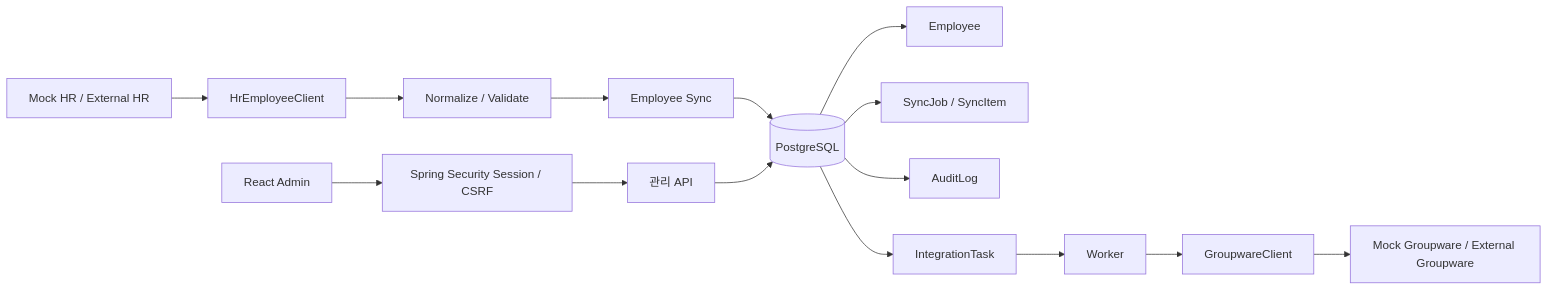
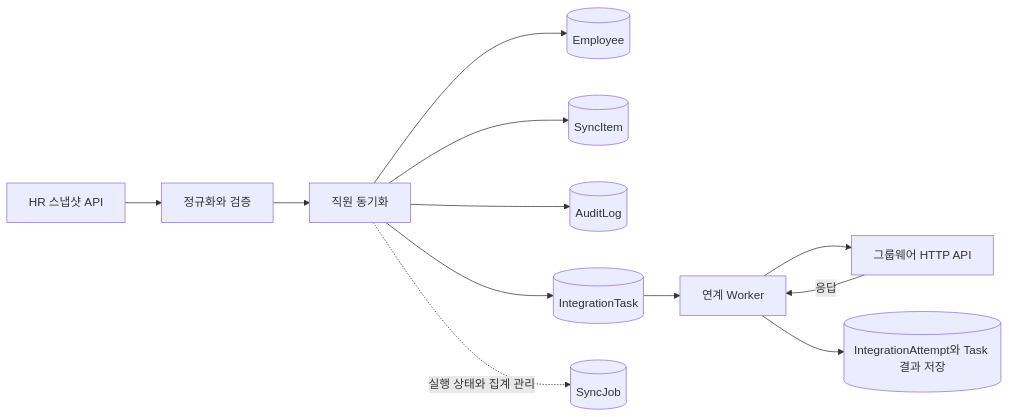
One commit to kimsooin77/Sync changed the first of 3 diagrams in README.md. Above: the diagram before and after it, drawn with Mermaid. The commit also changed other lines of this file and 9 other files, not shown here.

````diff
--- a/README.md
+++ b/README.md
@@ -30,17 +21,14 @@
 ```mermaid
 flowchart LR
-    HR[Mock HR / External HR] --> HC[HrEmployeeClient]
-    HC --> NV[Normalize / Validate]
-    NV --> SY[Employee Sync]
-    SY --> DB[(PostgreSQL)]
-    DB --> E[Employee]
-    DB --> SJ[SyncJob / SyncItem]
-    DB --> AL[AuditLog]
-    DB --> IT[IntegrationTask]
-    IT --> W[Worker]
-    W --> GC[GroupwareClient]
-    GC --> GW[Mock Groupware / External Groupware]
-    UI[React Admin] --> SEC[Spring Security Session / CSRF]
-    SEC --> API[관리 API]
-    API --> DB
+    HR[HR 스냅샷 API] --> Normalize[정규화와 검증]
+    Normalize --> Sync[직원 동기화]
+    Sync --> Employee[(Employee)]
+    Sync --> Item[(SyncItem)]
+    Sync --> Audit[(AuditLog)]
+    Sync --> Task[(IntegrationTask)]
+    Task --> Worker[연계 Worker]
+    Worker --> Groupware[그룹웨어 HTTP API]
+    Groupware -- 응답 --> Worker
+    Worker --> Result[(IntegrationAttempt와 Task 결과 저장)]
+    Sync -. 실행 상태와 집계 관리 .-> Job[(SyncJob)]
 ```
````
